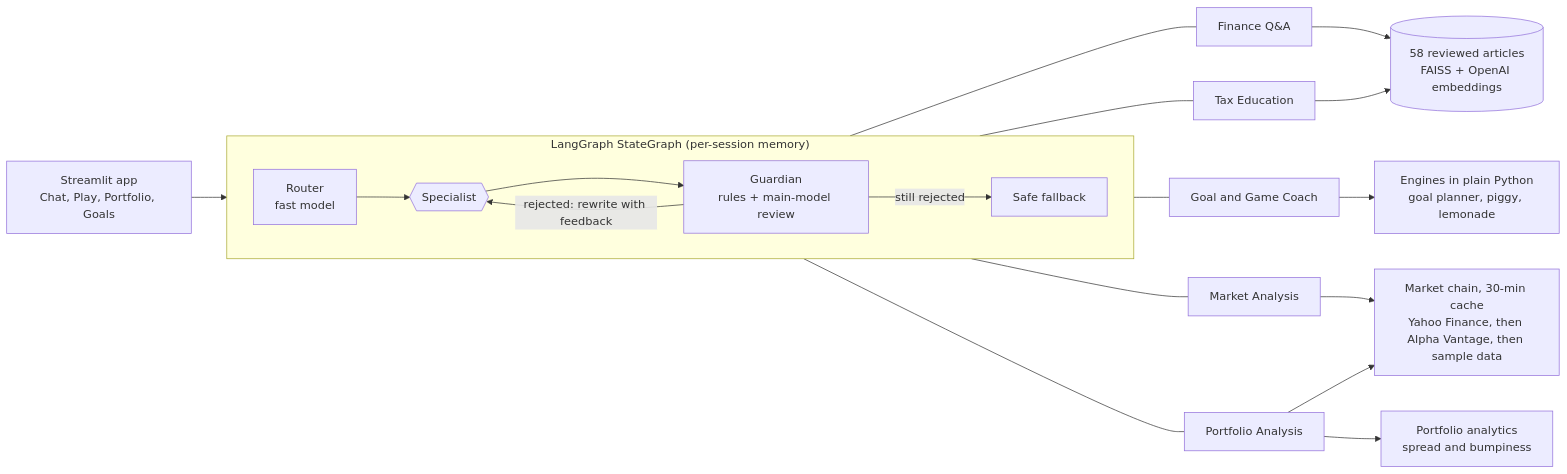
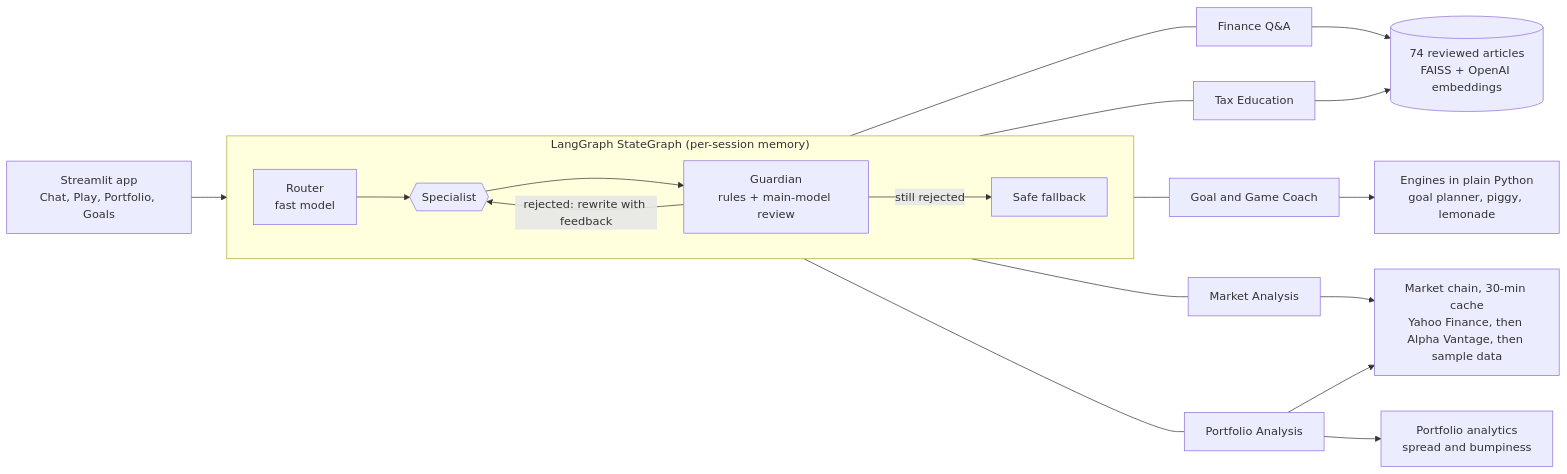
The diagram in README.md (asalve6/ai-finance-assistance), drawn with Mermaid before and after one commit. The commit also changed other lines of this file and 3 other files, not shown here.

````diff
--- a/README.md
+++ b/README.md
@@ -24,19 +24,19 @@
 ```mermaid
 flowchart LR
     UI["Streamlit app<br/>Chat, Play, Portfolio, Goals"] --> G
 
     subgraph G["LangGraph StateGraph (per-session memory)"]
         direction LR
         R["Router<br/>fast model"] --> S{{"Specialist"}}
         S --> GU["Guardian<br/>rules + main-model review"]
         GU -- "rejected: rewrite with feedback" --> S
         GU -- "still rejected" --> F["Safe fallback"]
     end
 
     S --- QA["Finance Q&A"] & TX["Tax Education"] & CO["Goal and Game Coach"] & MA["Market Analysis"] & PO["Portfolio Analysis"]
 
-    QA & TX --> KB[("58 reviewed articles<br/>FAISS + OpenAI embeddings")]
+    QA & TX --> KB[("74 reviewed articles<br/>FAISS + OpenAI embeddings")]
     CO --> EN["Engines in plain Python<br/>goal planner, piggy, lemonade"]
     MA & PO --> MK["Market chain, 30-min cache<br/>Yahoo Finance, then Alpha Vantage, then sample data"]
     PO --> PE["Portfolio analytics<br/>spread and bumpiness"]
 ```
````
